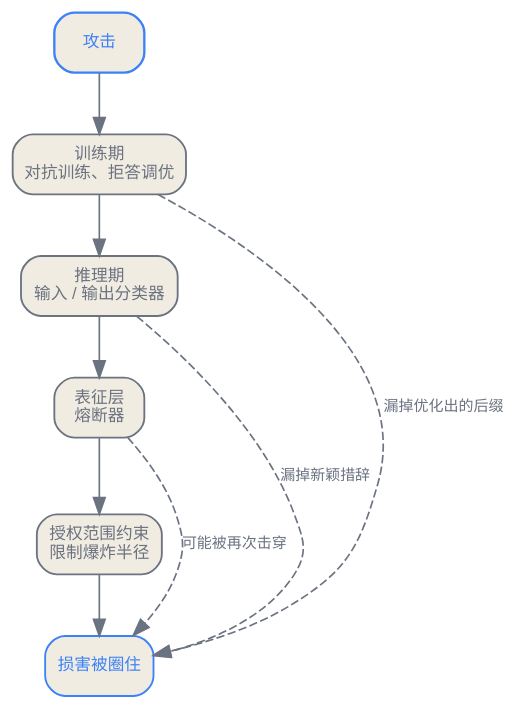
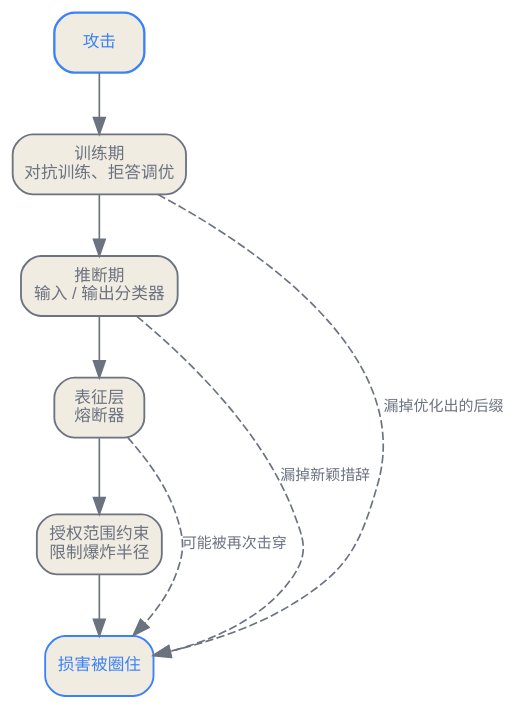
One commit to latere-ai/ai-as-an-infrastructure changed the second of 2 diagrams in zh/safety/05-adversarial-robustness.qmd. Above: the diagram before and after it, drawn with Graphviz. The commit also changed other lines of this file and 40 other files, not shown here.

````diff
--- a/zh/safety/05-adversarial-robustness.qmd
+++ b/zh/safety/05-adversarial-robustness.qmd
@@ -58,22 +58,22 @@
 ```{dot}
 //| label: fig-adv-defense-layers
 //| fig-cap: "针对越狱与注入的纵深防御。每一层抓住一个不同的家族，又漏掉另一些：训练期加固对优化出来的后缀泛化很差，分类器增加延迟又会漏掉新颖措辞，表征级防御可能被重新击穿，而只有授权范围约束能在上游各层都失守时限定损害。"
 digraph defenses {
   rankdir=TB;
   bgcolor="transparent";
   node [shape=box, style="rounded,filled", fontname="Helvetica", fontsize=10, color="#6b7280", fontcolor="#6b7280", fillcolor="#f1ece1", penwidth=1.1];
   edge [color="#6b7280", fontcolor="#6b7280", fontsize=9];
 
   atk [label="攻击", color="#3b82f6", fontcolor="#3b82f6", penwidth=1.4];
   adv [label="训练期\n对抗训练、拒答调优"];
-  cls [label="推理期\n输入 / 输出分类器"];
+  cls [label="推断期\n输入 / 输出分类器"];
   rep [label="表征层\n熔断器"];
   aut [label="授权范围约束\n限制爆炸半径"];
   safe [label="损害被圈住", color="#3b82f6", fontcolor="#3b82f6"];
 
   atk -> adv -> cls -> rep -> aut -> safe;
   adv -> safe [label="漏掉优化出的后缀", style=dashed, constraint=false];
   cls -> safe [label="漏掉新颖措辞", style=dashed, constraint=false];
   rep -> safe [label="可能被再次击穿", style=dashed, constraint=false];
 }
 ```
````
